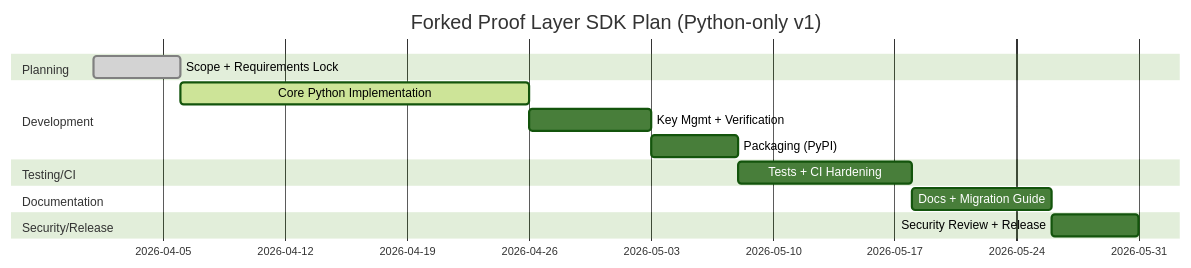
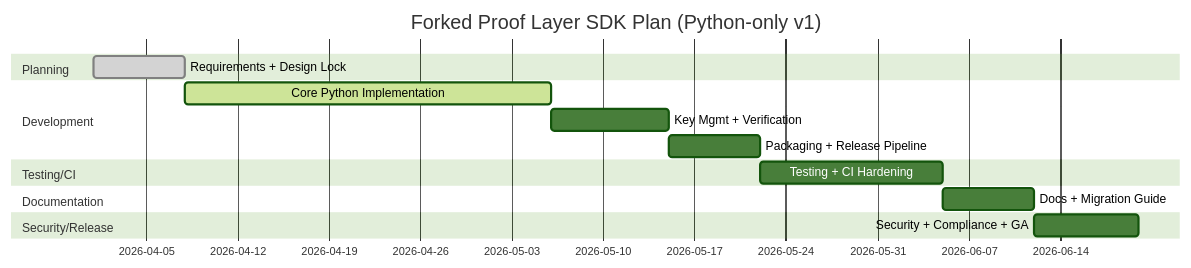
One commit to CryptoAutistic80/chat-proof-layer-SDK changed the first of 3 diagrams in docs/eu_ai_act_fork_executive_summary.md. Above: the diagram before and after it, drawn with Mermaid (forest theme). The commit also changed other lines of this file and 1 other file, not shown here.

Commit message:
docs: add release/ops guide and phase-gated milestone plan

````diff
--- a/docs/eu_ai_act_fork_executive_summary.md
+++ b/docs/eu_ai_act_fork_executive_summary.md
@@ -123,17 +118,17 @@
 ```mermaid
 gantt
   title Forked Proof Layer SDK Plan (Python-only v1)
   dateFormat  YYYY-MM-DD
   section Planning
-  Scope + Requirements Lock       :done,   des1, 2026-04-01, 5d
+  Requirements + Design Lock       :done,   p1, 2026-04-01, 7d
   section Development
-  Core Python Implementation      :active, dev1, after des1, 20d
-  Key Mgmt + Verification         :        dev2, after dev1, 7d
-  Packaging (PyPI)                :        dev3, after dev2, 5d
+  Core Python Implementation       :active, p2, 2026-04-08, 28d
+  Key Mgmt + Verification          :        p3, 2026-05-06, 9d
+  Packaging + Release Pipeline     :        p4, 2026-05-15, 7d
   section Testing/CI
-  Tests + CI Hardening            :        test1, after dev3, 10d
+  Testing + CI Hardening           :        p5, 2026-05-22, 14d
   section Documentation
-  Docs + Migration Guide          :        doc1, after test1, 8d
+  Docs + Migration Guide           :        p6, 2026-06-05, 7d
   section Security/Release
-  Security Review + Release       :        rel1, after doc1, 5d
+  Security + Compliance + GA       :        p7, 2026-06-12, 8d
 ```
````
